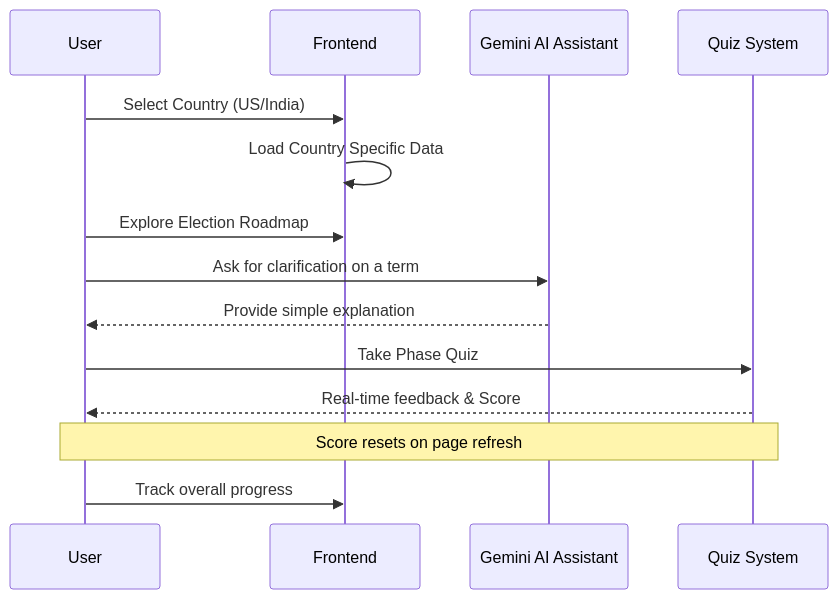
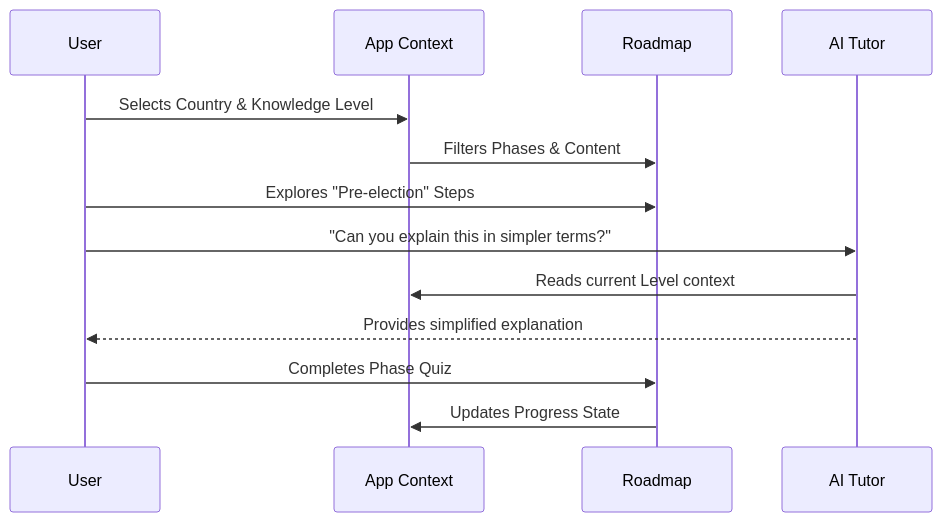
Before and after one commit to himashrik/Election-process-education: the second of 2 diagrams in README.md, drawn with Mermaid. The commit also changed other lines of this file, not shown here.

````diff
--- a/README.md
+++ b/README.md
@@ -55,17 +71,16 @@
 ```mermaid
 sequenceDiagram
     participant U as User
-    participant F as Frontend
-    participant AI as Gemini AI Assistant
-    participant Q as Quiz System
+    participant C as App Context
+    participant R as Roadmap
+    participant AI as AI Tutor
 
-    U->>F: Select Country (US/India)
-    F->>F: Load Country Specific Data
-    U->>F: Explore Election Roadmap
-    U->>AI: Ask for clarification on a term
-    AI-->>U: Provide simple explanation
-    U->>Q: Take Phase Quiz
-    Q-->>U: Real-time feedback & Score
-    Note over Q,U: Score resets on page refresh
-    U->>F: Track overall progress
+    U->>C: Selects Country & Knowledge Level
+    C->>R: Filters Phases & Content
+    U->>R: Explores "Pre-election" Steps
+    U->>AI: "Can you explain this in simpler terms?"
+    AI->>C: Reads current Level context
+    AI-->>U: Provides simplified explanation
+    U->>R: Completes Phase Quiz
+    R->>C: Updates Progress State
 ```
````
